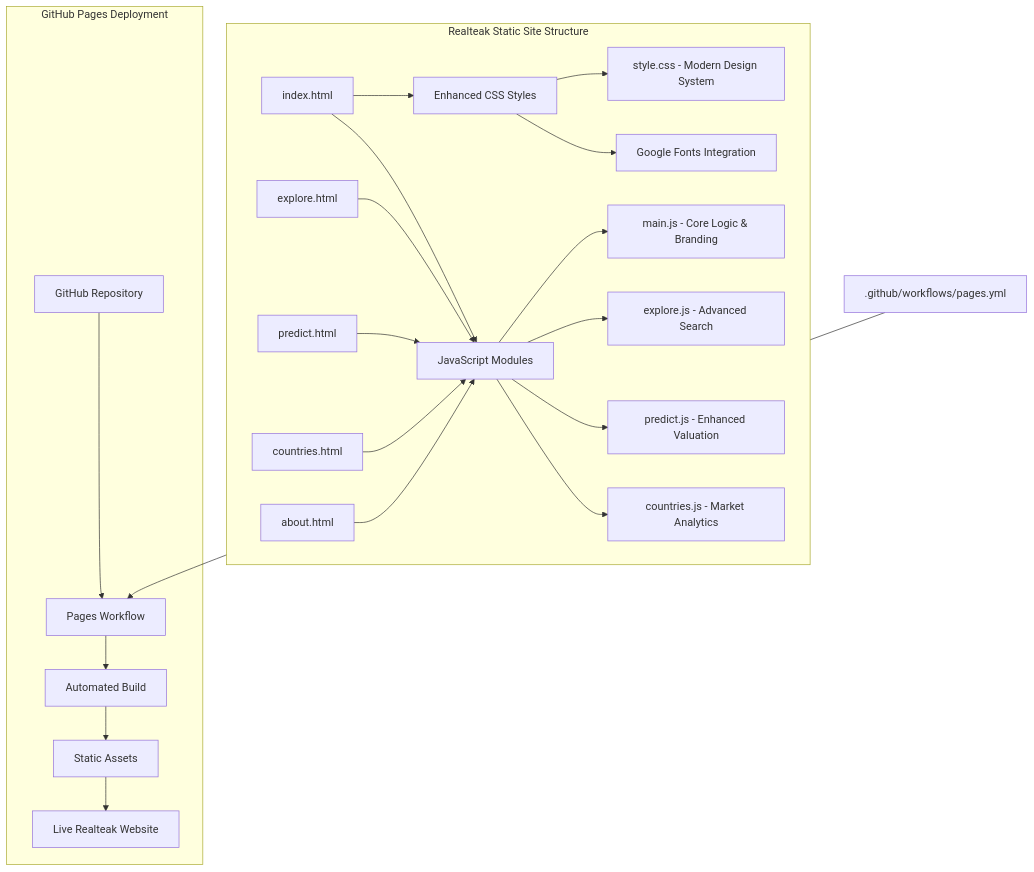
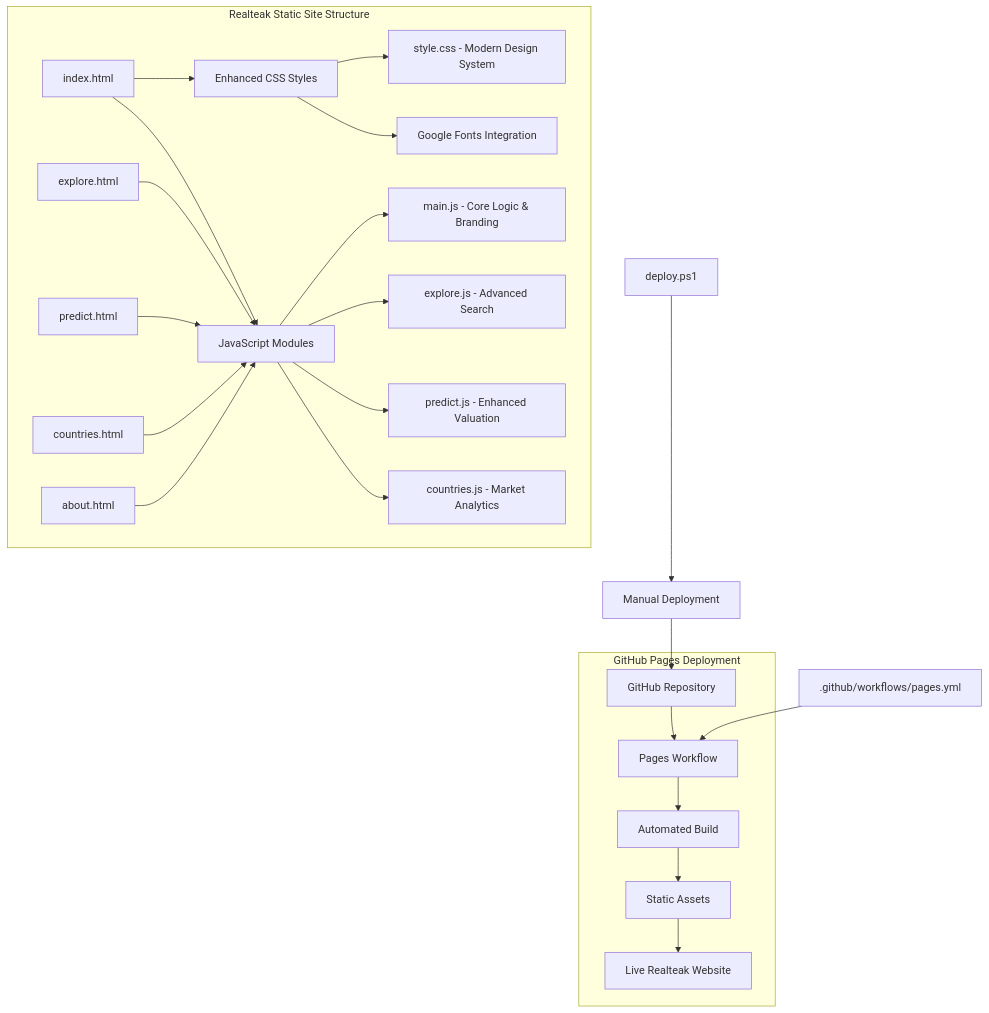
The first of 7 diagrams in .qoder/repowiki/en/content/Deployment and Operations/Static Site Deployment.md (tashkirrr/housing-price-prediction), drawn with Mermaid before and after one commit. The commit also changed other lines of this file and 9 other files, not shown here.

````diff
--- a/.qoder/repowiki/en/content/Deployment and Operations/Static Site Deployment.md
+++ b/.qoder/repowiki/en/content/Deployment and Operations/Static Site Deployment.md
@@ -52,24 +54,26 @@
 ```mermaid
 graph TB
 subgraph "Realteak Static Site Structure"
 A[index.html] --> B[Enhanced CSS Styles]
 A --> C[JavaScript Modules]
 D[explore.html] --> C
 E[predict.html] --> C
 F[countries.html] --> C
 G[about.html] --> C
 C --> H[main.js - Core Logic & Branding]
 C --> I[explore.js - Advanced Search]
 C --> J[predict.js - Enhanced Valuation]
 C --> K[countries.js - Market Analytics]
 B --> L[style.css - Modern Design System]
 B --> M[Google Fonts Integration]
 end
 subgraph "GitHub Pages Deployment"
 N[GitHub Repository] --> O[Pages Workflow]
 O --> P[Automated Build]
 P --> Q[Static Assets]
 Q --> R[Live Realteak Website]
 end
 S[.github/workflows/pages.yml] --> O
+T[deploy.ps1] --> U[Manual Deployment]
+U --> N
 ```
````
